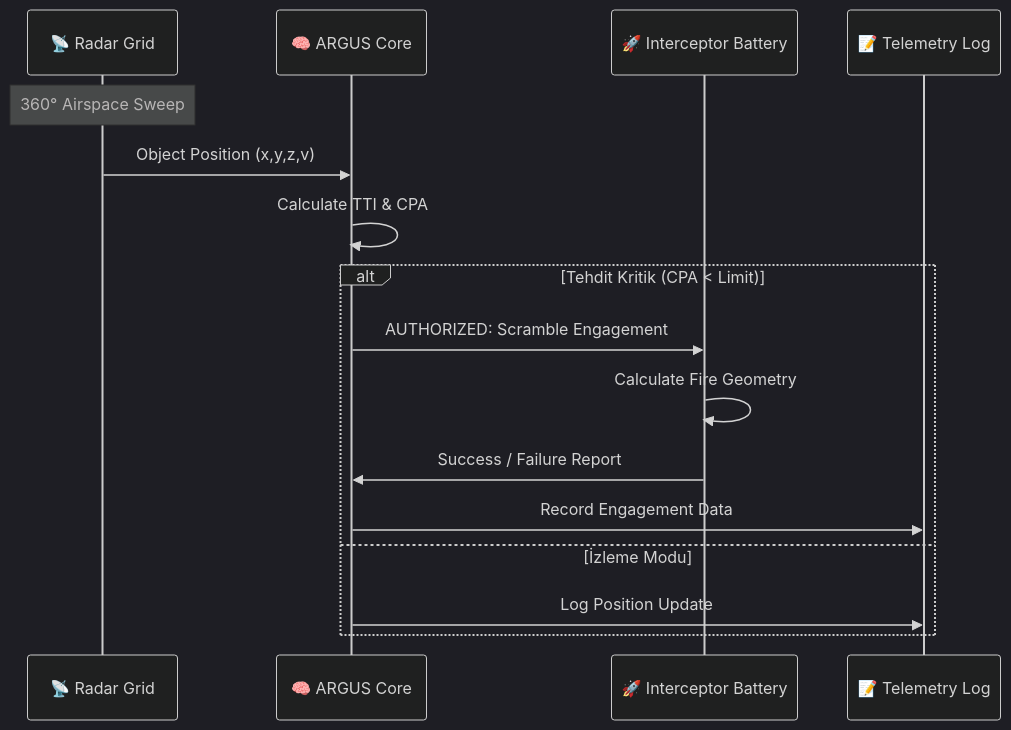
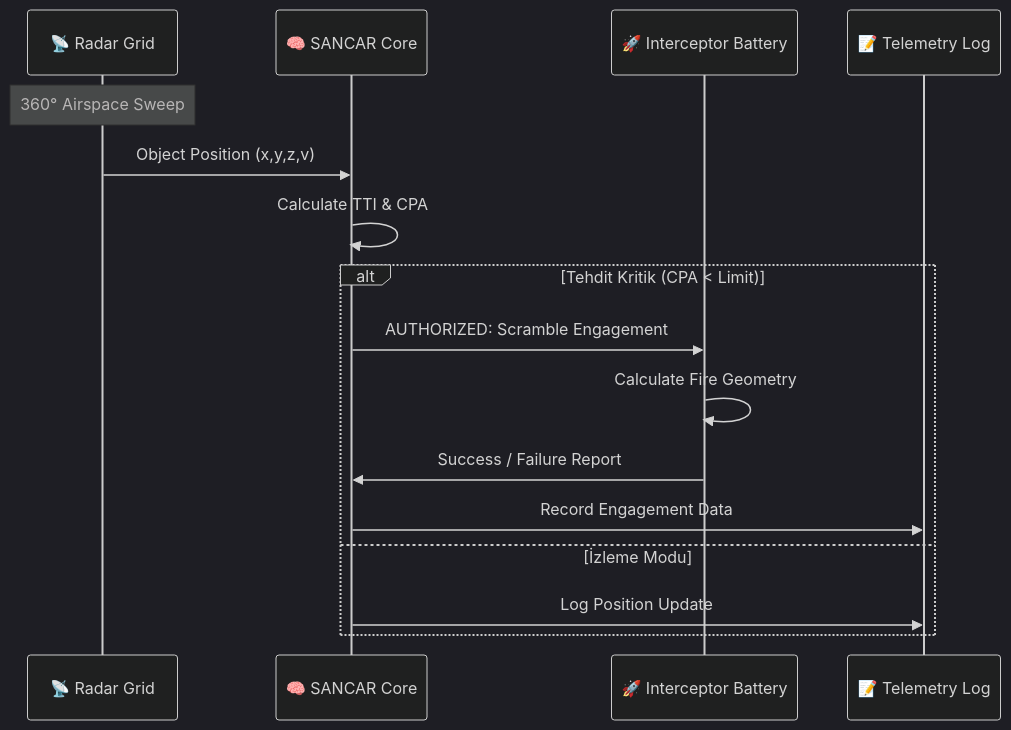
The diagram in docs/TEKNIK_MIMARI.md (arch-yunus/teknofest_hava_savunma), drawn with Mermaid (dark theme) before and after one commit. The commit also changed other lines of this file and 108 other files, not shown here.

Commit message:
rebrand: transition system from ARGUS to SANCAR (Turkic Mythology)

````diff
--- a/docs/TEKNIK_MIMARI.md
+++ b/docs/TEKNIK_MIMARI.md
@@ -28,19 +28,19 @@
 ```mermaid
 sequenceDiagram
     participant R as 📡 Radar Grid
-    participant C as 🧠 ARGUS Core
+    participant C as 🧠 SANCAR Core
     participant B as 🚀 Interceptor Battery
     participant T as 📝 Telemetry Log
     
     Note over R: 360° Airspace Sweep
     R->>C: Object Position (x,y,z,v)
     C->>C: Calculate TTI & CPA
     alt Tehdit Kritik (CPA < Limit)
         C->>B: AUTHORIZED: Scramble Engagement
         B->>B: Calculate Fire Geometry
         B->>C: Success / Failure Report
         C->>T: Record Engagement Data
     else İzleme Modu
         C->>T: Log Position Update
     end
 ```
````
